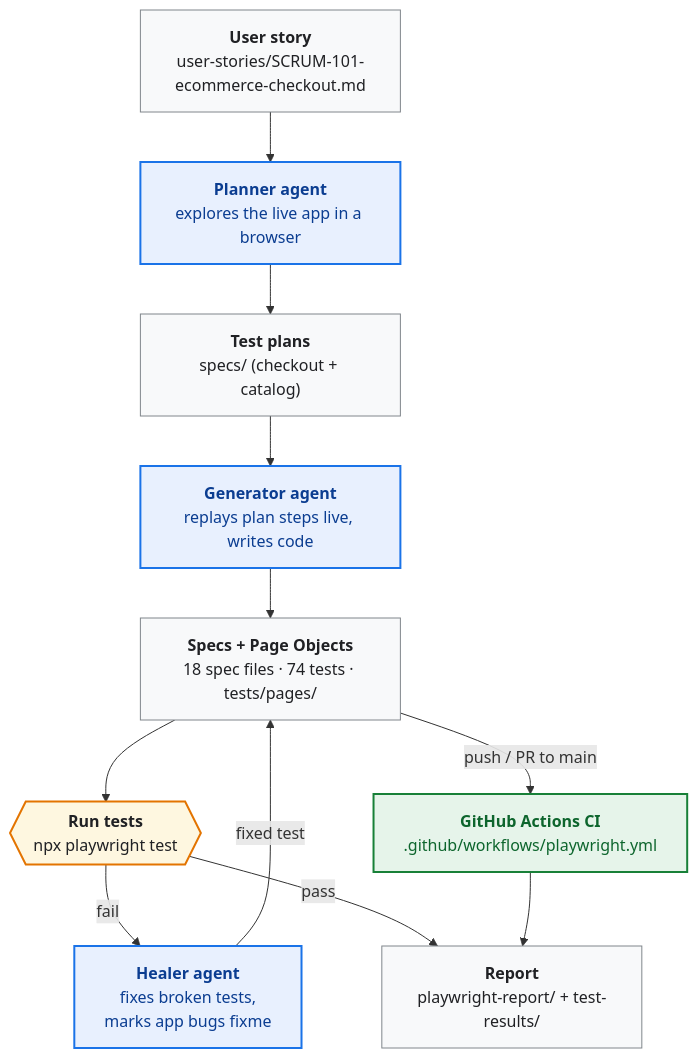
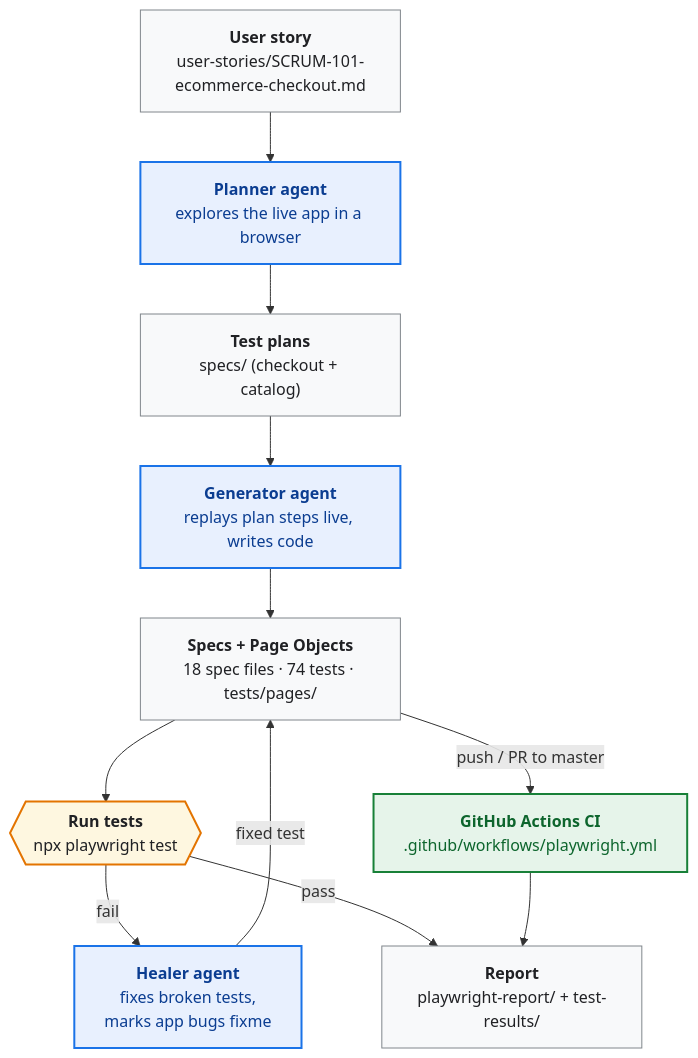
Before and after one commit to rupeshpjadhav/QA_End2End_UsingPlaywrightAgents: the first of 4 diagrams in README.md, drawn with Mermaid. The commit also changed other lines of this file, not shown here.

````diff
--- a/README.md
+++ b/README.md
@@ -13,28 +13,28 @@
 ```mermaid
 flowchart TB
     US["<b>User story</b><br/>user-stories/SCRUM-101-ecommerce-checkout.md"]
     P["<b>Planner agent</b><br/>explores the live app in a browser"]
     PLAN["<b>Test plans</b><br/>specs/ (checkout + catalog)"]
     G["<b>Generator agent</b><br/>replays plan steps live, writes code"]
     TESTS["<b>Specs + Page Objects</b><br/>18 spec files · 74 tests · tests/pages/"]
     RUN{{"<b>Run tests</b><br/>npx playwright test"}}
     H["<b>Healer agent</b><br/>fixes broken tests,<br/>marks app bugs fixme"]
     REPORT["<b>Report</b><br/>playwright-report/ + test-results/"]
     CI["<b>GitHub Actions CI</b><br/>.github/workflows/playwright.yml"]
 
     US --> P --> PLAN --> G --> TESTS --> RUN
     RUN -- "fail" --> H
     H -- "fixed test" --> TESTS
     RUN -- "pass" --> REPORT
-    TESTS -- "push / PR to main" --> CI
+    TESTS -- "push / PR to master" --> CI
     CI --> REPORT
 
     classDef agent fill:#E8F0FE,stroke:#1A73E8,stroke-width:2px,color:#0B3D91
     classDef file fill:#F8F9FA,stroke:#80868B,color:#202124
     classDef run fill:#FEF7E0,stroke:#E37400,stroke-width:2px,color:#202124
     classDef ci fill:#E6F4EA,stroke:#188038,stroke-width:2px,color:#0D652D
     class P,G,H agent
     class US,PLAN,TESTS,REPORT file
     class RUN run
     class CI ci
 ```
````
